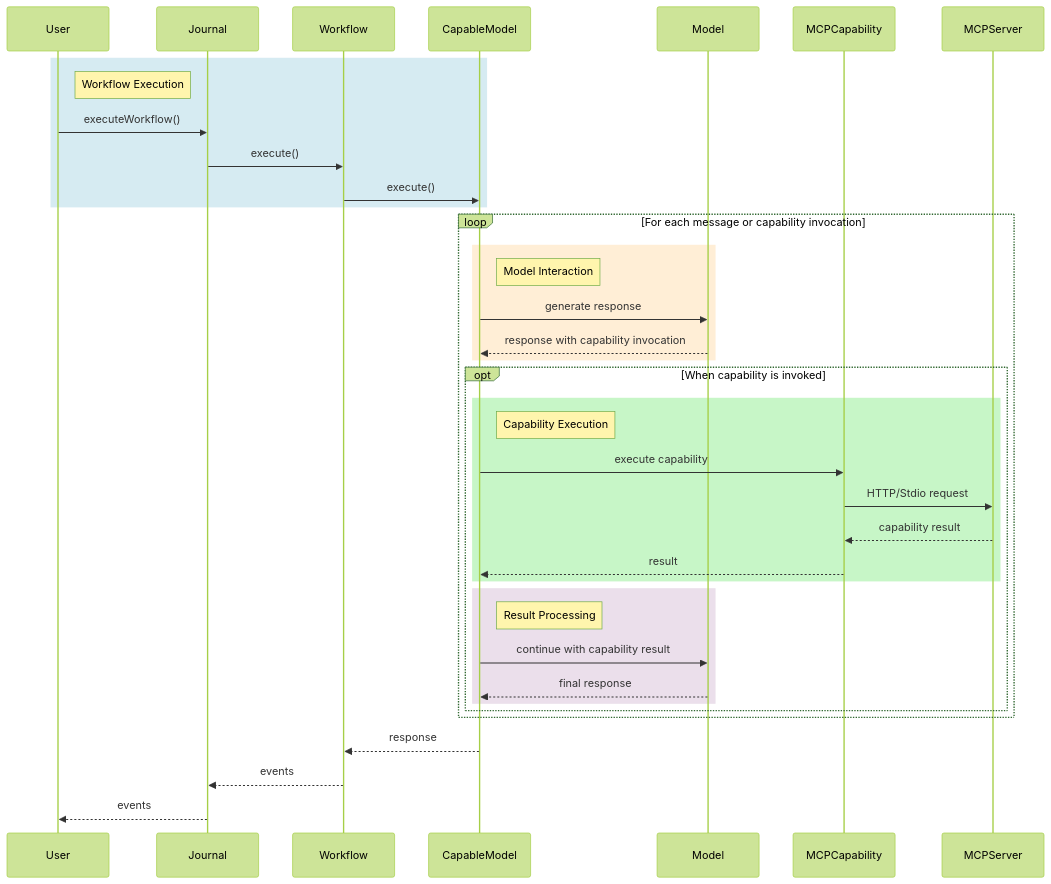
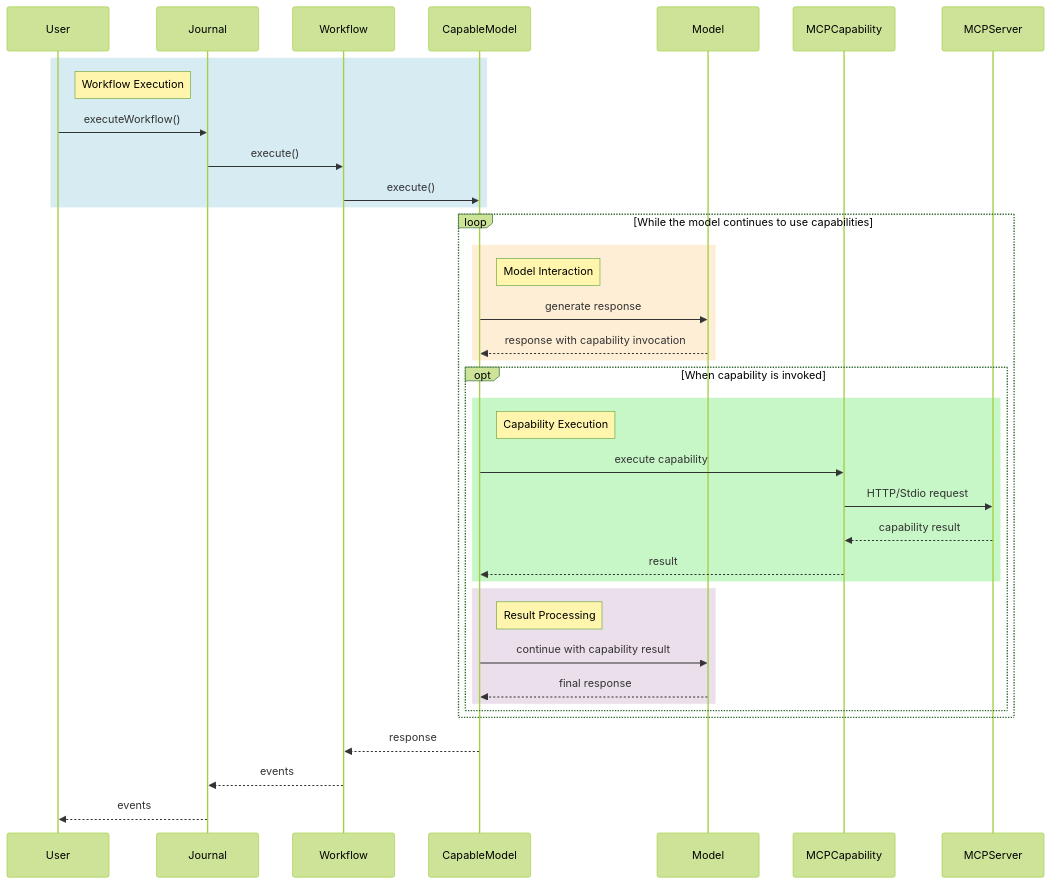
One commit to liamzdenek/ferment-ai changed the eighth of 9 diagrams in README.md. Above: the diagram before and after it, drawn with Mermaid (forest theme). The commit also changed other lines of this file, not shown here.

````diff
--- a/README.md
+++ b/README.md
@@ -272,45 +316,45 @@
 ```mermaid
 sequenceDiagram
     participant User
     participant Journal
     participant Workflow
     participant CapableModel
     participant Model
     participant MCPCapability
     participant MCPServer
     
     rect rgba(173, 216, 230, 0.5)
     note right of User: Workflow Execution
     User->>Journal: executeWorkflow()
     Journal->>Workflow: execute()
     Workflow->>CapableModel: execute()
     end
     
-    loop For each message or capability invocation
+    loop While the model continues to use capabilities
         rect rgba(255, 222, 173, 0.5)
         note right of CapableModel: Model Interaction
         CapableModel->>Model: generate response
         Model-->>CapableModel: response with capability invocation
         end
         
         opt When capability is invoked
             rect rgba(144, 238, 144, 0.5)
             note right of CapableModel: Capability Execution
             CapableModel->>MCPCapability: execute capability
             MCPCapability->>MCPServer: HTTP/Stdio request
             MCPServer-->>MCPCapability: capability result
             MCPCapability-->>CapableModel: result
             end
             
             rect rgba(216, 191, 216, 0.5)
             note right of CapableModel: Result Processing
             CapableModel->>Model: continue with capability result
             Model-->>CapableModel: final response
             end
         end
     end
     
     CapableModel-->>Workflow: response
     Workflow-->>Journal: events
     Journal-->>User: events
 ```
````
